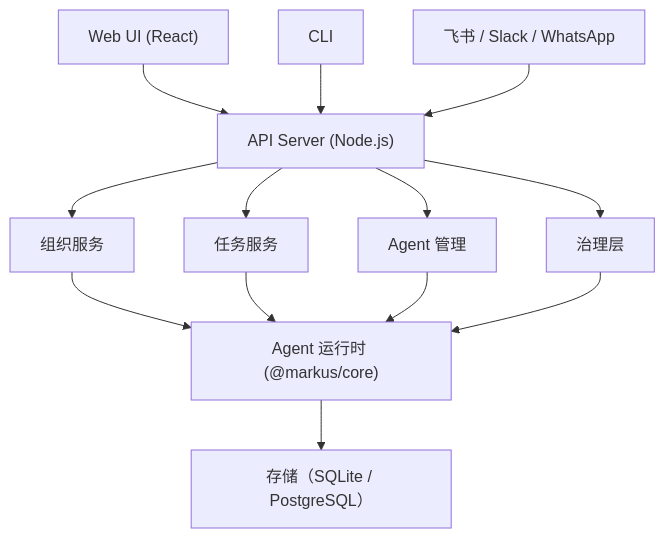
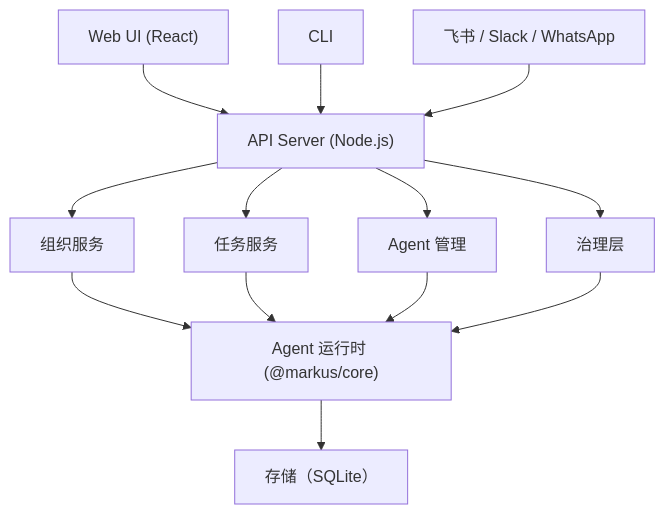
The diagram in README.zh-CN.md (markus-global/markus), drawn with Mermaid before and after one commit. The commit also changed other lines of this file and 95 other files, not shown here.

````diff
--- a/README.zh-CN.md
+++ b/README.zh-CN.md
@@ -96,15 +98,15 @@
 ```mermaid
 graph TB
   WebUI["Web UI (React)"] --> API["API Server (Node.js)"]
   CLI["CLI"] --> API
   Comms["飞书 / Slack / WhatsApp"] --> API
   API --> OrgSvc["组织服务"]
   API --> TaskSvc["任务服务"]
   API --> AgentMgr["Agent 管理"]
   API --> Governance["治理层"]
   OrgSvc --> Core["Agent 运行时 (@markus/core)"]
   TaskSvc --> Core
   AgentMgr --> Core
   Governance --> Core
-  Core --> Storage["存储（SQLite / PostgreSQL）"]
+  Core --> Storage["存储（SQLite）"]
 ```
````
